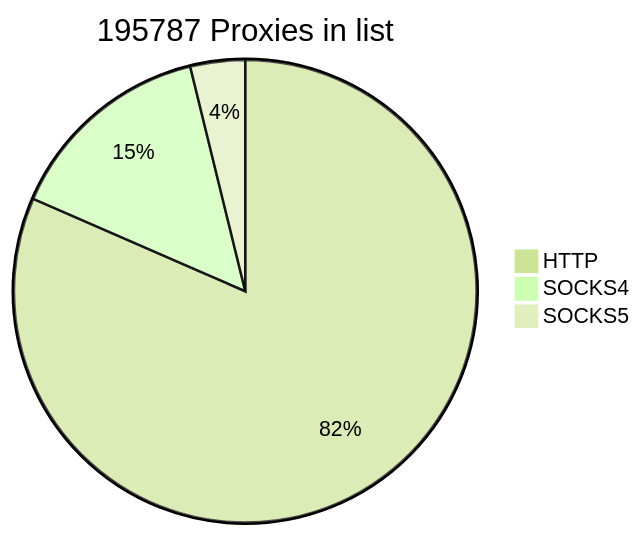
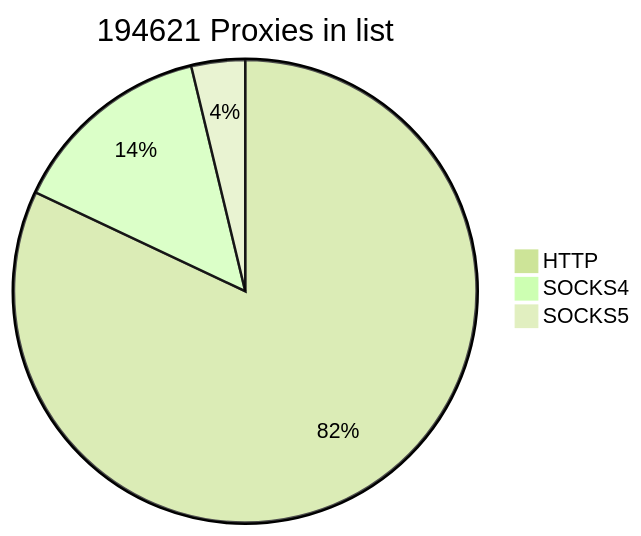
Before and after one commit to cutipu/proxylist: the first of 2 diagrams in README.md, drawn with Mermaid (forest theme). The commit also changed other lines of this file, not shown here.

````diff
--- a/README.md
+++ b/README.md
@@ -2,7 +2,7 @@
 ```mermaid
-pie title 195787 Proxies in list
-    "HTTP" : 159644
-    "SOCKS4" : 28651
-    "SOCKS5" : 7492
+pie title 194621 Proxies in list
+    "HTTP" : 159621
+    "SOCKS4" : 27698
+    "SOCKS5" : 7302
             
 ```
````
